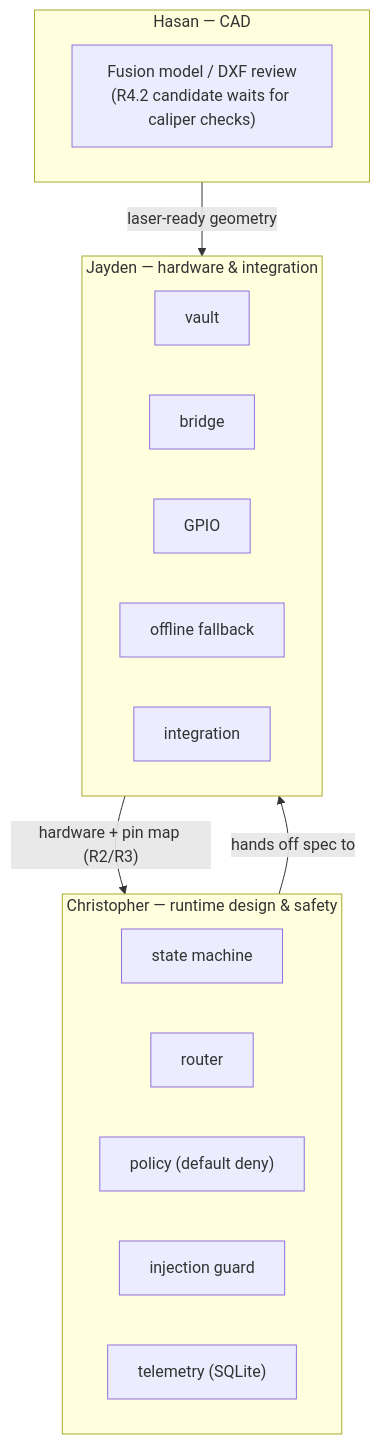
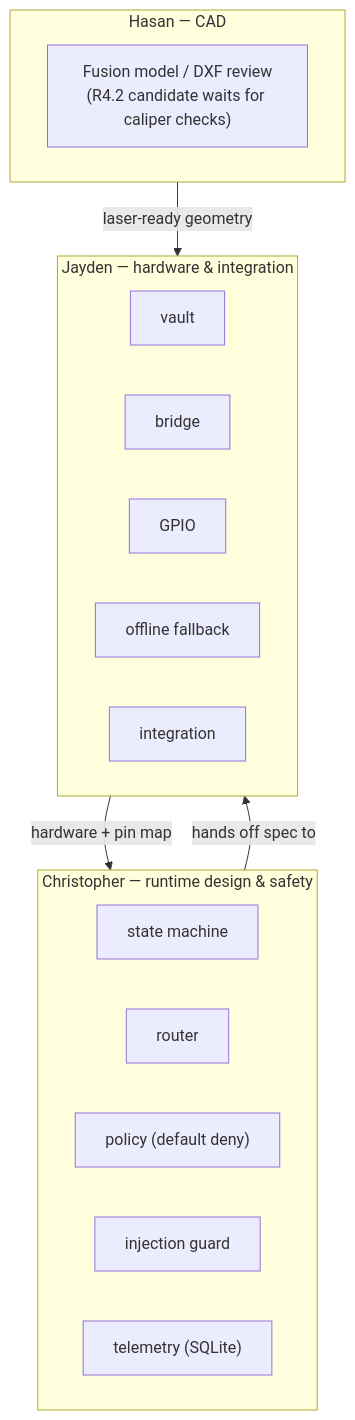
One commit to Daijay/si-console changed the ninth of 10 diagrams in docs/ARCHITECTURE_DIAGRAMS.md. Above: the diagram before and after it, drawn with Mermaid. The commit also changed other lines of this file and 22 other files, not shown here.

Commit message:
Reconcile LED resistors, pin names and grounds across code, docs and the R5 wiring diagram

````diff
--- a/docs/ARCHITECTURE_DIAGRAMS.md
+++ b/docs/ARCHITECTURE_DIAGRAMS.md
@@ -327,23 +327,23 @@
 ```mermaid
 flowchart TB
     subgraph CHRIS["Christopher — runtime design & safety"]
         C1["state machine"]
         C2["router"]
         C3["policy (default deny)"]
         C4["injection guard"]
         C5["telemetry (SQLite)"]
     end
     subgraph JAY["Jayden — hardware & integration"]
         J1["vault"]
         J2["bridge"]
         J3["GPIO"]
         J4["offline fallback"]
         J5["integration"]
     end
     subgraph HASAN["Hasan — CAD"]
         H1["Fusion model / DXF review<br/>(R4.2 candidate waits for caliper checks)"]
     end
     CHRIS -->|"hands off spec to"| JAY
-    JAY -->|"hardware + pin map (R2/R3)"| CHRIS
+    JAY -->|"hardware + pin map"| CHRIS
     HASAN -->|"laser-ready geometry"| JAY
 ```
````
